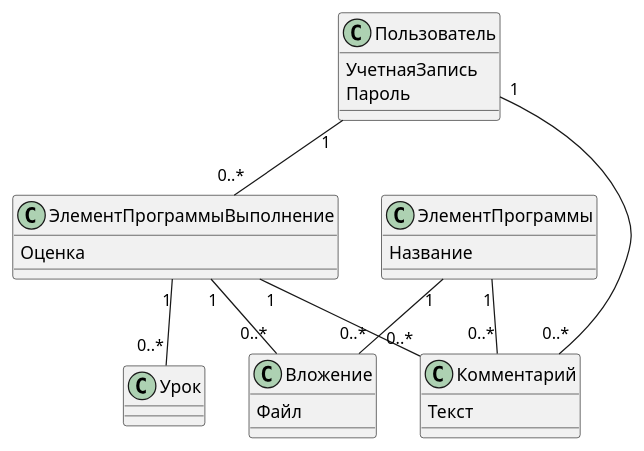
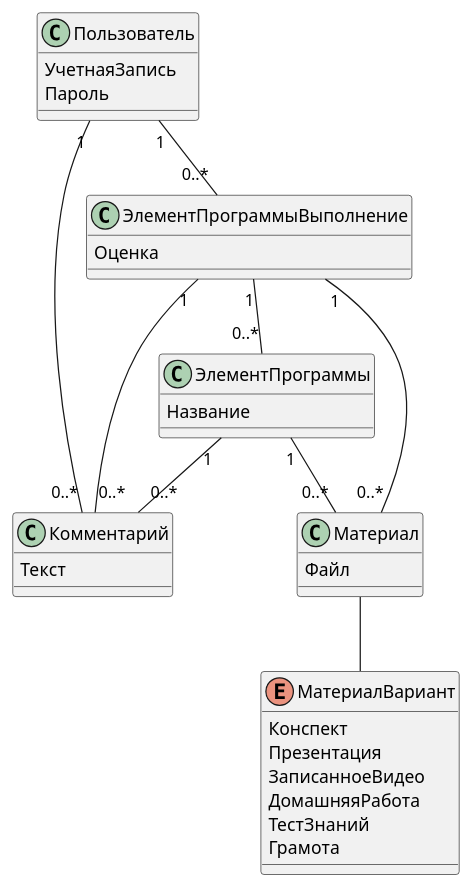
The third of 3 diagrams in docs/domain/model.md (karpoftea/mts-kata-2023), drawn with PlantUML before and after one commit. The commit also changed other lines of this file and 1 other file, not shown here.

````diff
--- a/docs/domain/model.md
+++ b/docs/domain/model.md
@@ -147,44 +168,56 @@
 ```plantuml
 @startuml
 
 top to bottom direction
 
 class Пользователь
     {
         УчетнаяЗапись
         Пароль
     }
 
 Пользователь "1" -- "0..*" Комментарий
 
 Пользователь "1" -- "0..*" ЭлементПрограммыВыполнение
-ЭлементПрограммыВыполнение "1" -- "0..*" Урок
+ЭлементПрограммыВыполнение "1" -- "0..*" ЭлементПрограммы
 
-ЭлементПрограммы "1" -- "0..*" Вложение
+ЭлементПрограммы "1" -- "0..*" Материал
 ЭлементПрограммы "1" -- "0..*" Комментарий
 
-ЭлементПрограммыВыполнение "1" -- "0..*" Вложение
+ЭлементПрограммыВыполнение "1" -- "0..*" Материал
 ЭлементПрограммыВыполнение "1" -- "0..*" Комментарий
 
 class ЭлементПрограммыВыполнение 
     {
         Оценка
     }
 
-class Вложение
+class Материал
     {
         Файл
     }
 
 class Комментарий
     {
         Текст
     }
 
 class ЭлементПрограммы
     {
         Название
     }
 
+Материал -- МатериалВариант
+
+enum МатериалВариант
+    {
+        Конспект
+        Презентация
+        ЗаписанноеВидео
+        ДомашняяРабота
+        ТестЗнаний
+        Грамота
+    }
+
 @enduml
 ```
````
